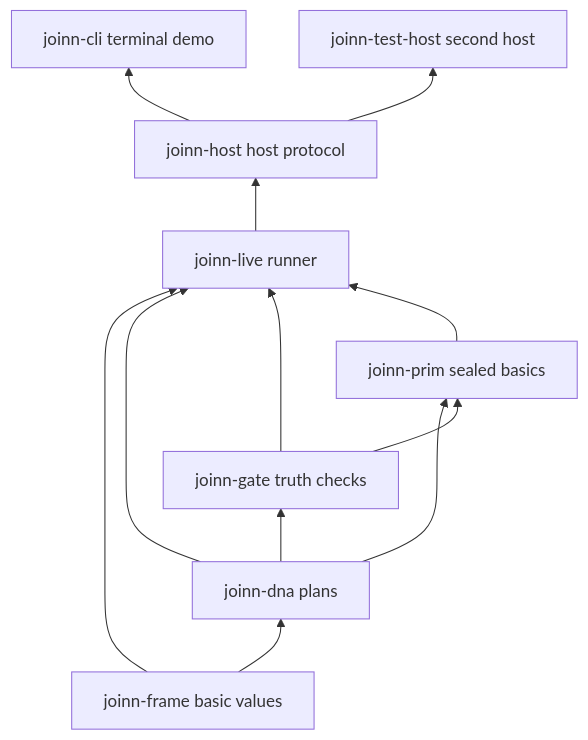
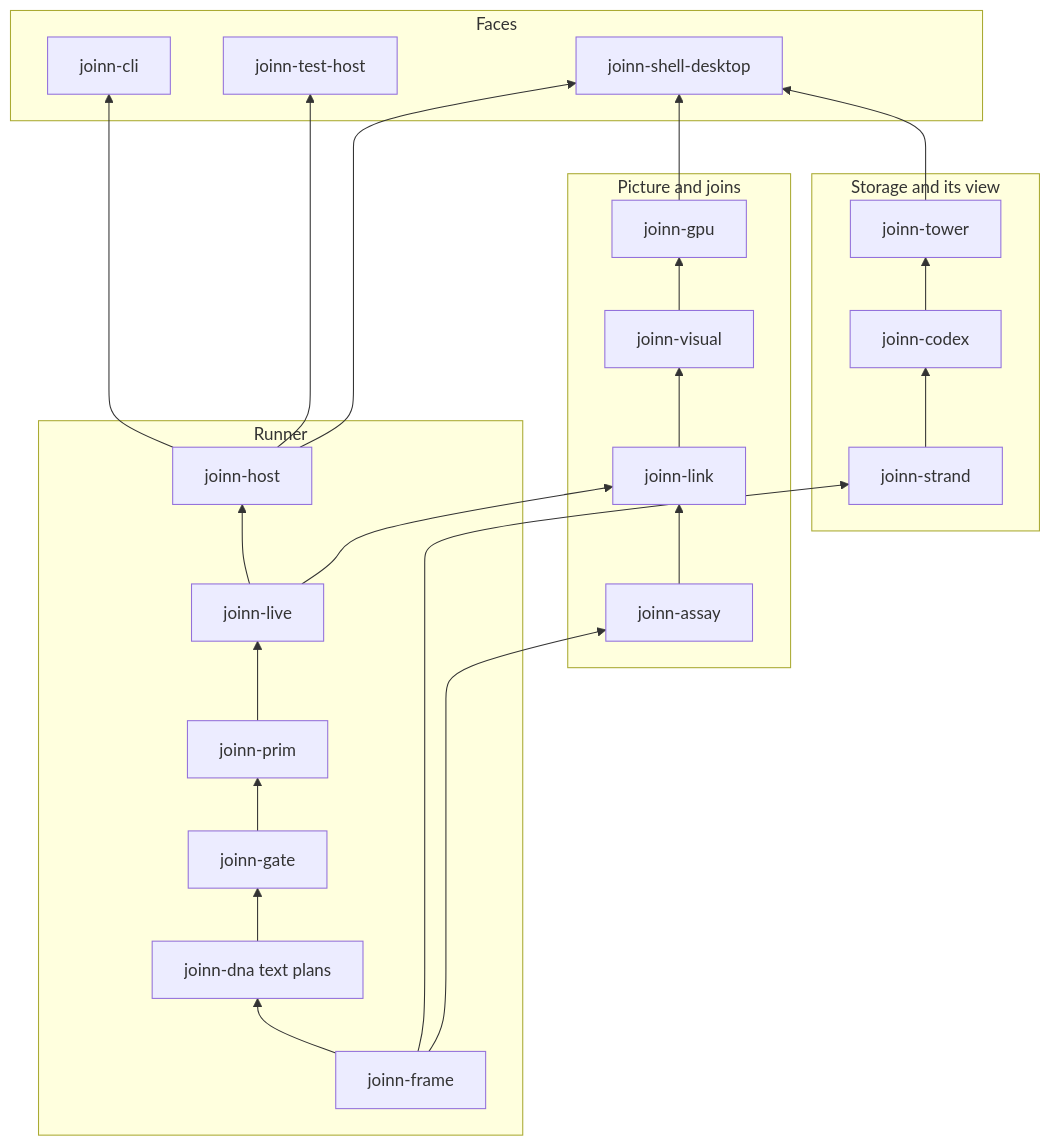
Before and after one commit to joneseysinno/JoInn: the third of 6 diagrams in docs/Guides/02-how-parts-connect.md, drawn with Mermaid. The commit also changed other lines of this file and 12 other files, not shown here.

First line of the commit message:
PA: product language is hypernode, relationship, wave and app; DNA is storage

````diff
--- a/docs/Guides/02-how-parts-connect.md
+++ b/docs/Guides/02-how-parts-connect.md
@@ -41,22 +77,37 @@
 ```mermaid
 flowchart BT
-  frame[joinn-frame basic values]
-  dna[joinn-dna plans]
-  gate[joinn-gate truth checks]
-  prim[joinn-prim sealed basics]
-  live[joinn-live runner]
-  host[joinn-host host protocol]
-  cli[joinn-cli terminal demo]
-  testHost[joinn-test-host second host]
-  frame --> dna
-  dna --> gate
-  dna --> prim
-  gate --> prim
-  frame --> live
-  dna --> live
-  gate --> live
-  prim --> live
-  live --> host
+  subgraph runner [Runner]
+    frame[joinn-frame]
+    dna[joinn-dna text plans]
+    gate[joinn-gate]
+    prim[joinn-prim]
+    live[joinn-live]
+    host[joinn-host]
+  end
+  subgraph storage [Storage and its view]
+    strand[joinn-strand]
+    codex[joinn-codex]
+    tower[joinn-tower]
+  end
+  subgraph picture [Picture and joins]
+    assay[joinn-assay]
+    link[joinn-link]
+    visual[joinn-visual]
+    gpu[joinn-gpu]
+  end
+  subgraph faces [Faces]
+    cli[joinn-cli]
+    testHost[joinn-test-host]
+    desktop[joinn-shell-desktop]
+  end
+  frame --> dna --> gate --> prim --> live --> host
+  frame --> strand --> codex --> tower
+  frame --> assay
+  assay --> link
+  live --> link --> visual --> gpu
   host --> cli
   host --> testHost
+  host --> desktop
+  gpu --> desktop
+  tower --> desktop
 ```
````
